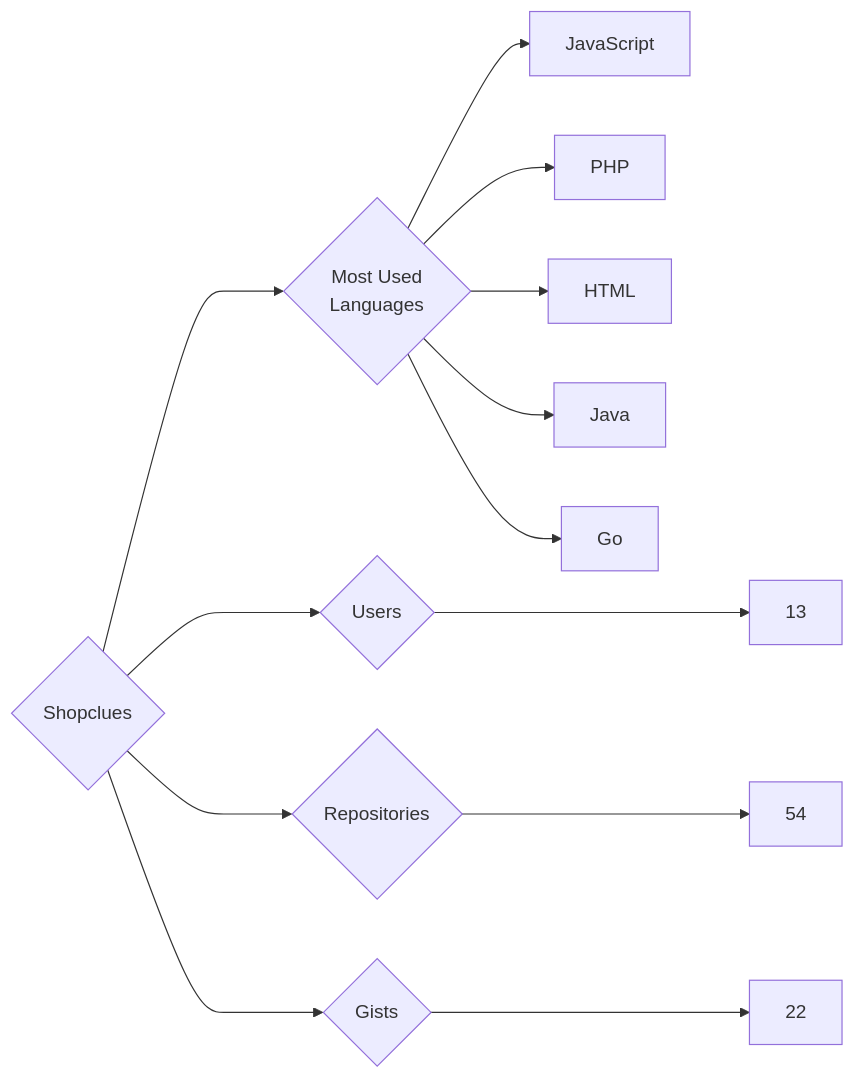
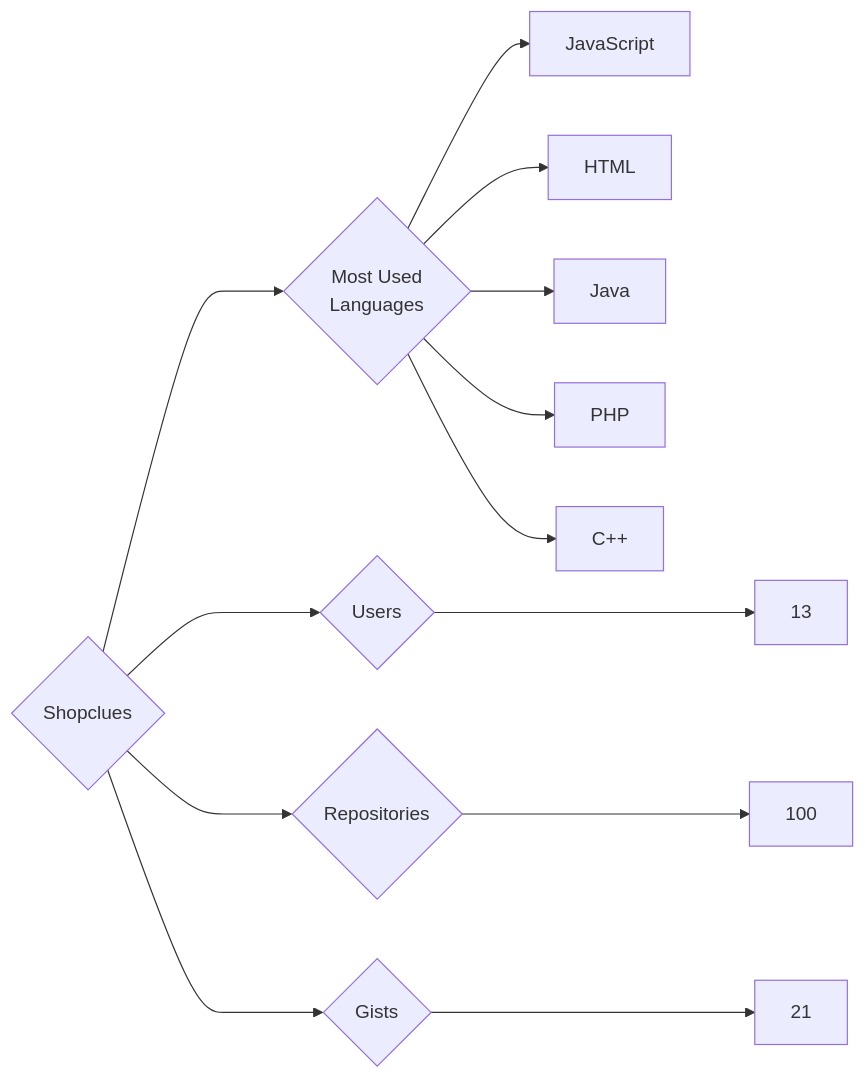
The diagram in targets/Shopclues/README.md (trickest/insiders), drawn with Mermaid before and after one commit. The commit also changed 955 other files, not shown here.

````diff
--- a/targets/Shopclues/README.md
+++ b/targets/Shopclues/README.md
@@ -3,13 +3,13 @@
 ```mermaid
 graph LR
 COMPANY_NAME{Shopclues}
 COMPANY_NAME ---> U{Users} ---> UN[13]
-COMPANY_NAME ---> R{Repositories} ---> RN[54]
-COMPANY_NAME ---> G{Gists} ---> GN[22]
+COMPANY_NAME ---> R{Repositories} ---> RN[100]
+COMPANY_NAME ---> G{Gists} ---> GN[21]
 COMPANY_NAME ---> ML{Most Used<br>Languages}
 ML --> JavaScript[JavaScript]
-ML --> PHP[PHP]
 ML --> HTML[HTML]
 ML --> Java[Java]
-ML --> Go[Go]
+ML --> PHP[PHP]
+ML --> C++[C++]
 ```
````
